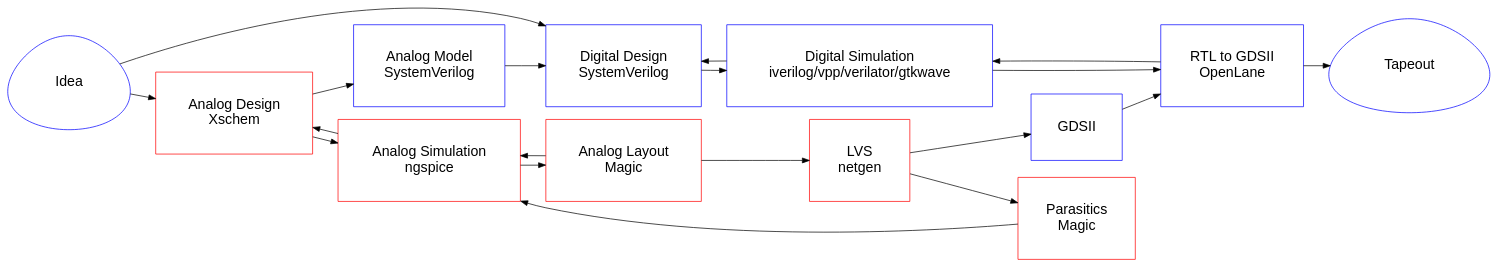
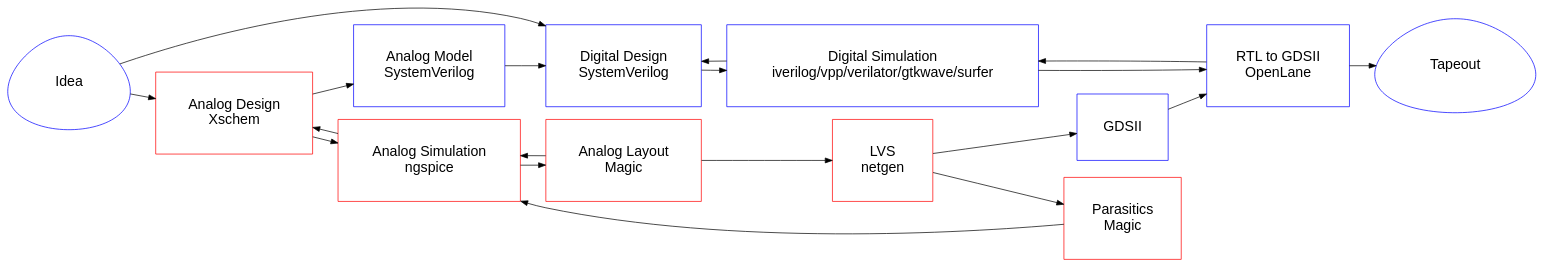
Before and after one commit to wulffern/aic2027: the diagram in dot/dig_des_lr.dot, drawn with Graphviz. The commit also changed 7 other files, not shown here.

```diff
--- a/dot/dig_des_lr.dot
+++ b/dot/dig_des_lr.dot
@@ -1,32 +1,32 @@
 digraph G{
 
 rankdir="LR";
 
 node [margin=0.5 color=blue fontcolor=black fontsize=20 width=0.5 shape=box fontname="Helvetica"]
 I [label="Idea",shape=egg]
 D [label="Digital Design \n SystemVerilog"]
-S [label="Digital Simulation \n iverilog/vpp/verilator/gtkwave"]
+S [label="Digital Simulation \n iverilog/vpp/verilator/gtkwave/surfer"]
 PNR [label="RTL to GDSII \nOpenLane"]
 TO [label="Tapeout",shape=egg]
 
 AD [label="Analog Design \nXschem" color=red]
 ASV [label="Analog Model \nSystemVerilog" color=blue]
 AS [label="Analog Simulation \nngspice" color=red]
 AL [label="Analog Layout \nMagic" color=red]
 AV [label="LVS\nnetgen" color=red]
 LPE [label="Parasitics\nMagic" color=red]
 AGDS [label="GDSII"]
 
 D -> S -> PNR -> TO
 PNR  -> S -> D
 
 
 AD -> ASV ->  D
 
 I -> AD
 I -> D
 
 AD -> AS -> AL -> AV -> AGDS -> PNR
 AV -> LPE -> AS
 AL -> AS -> AD
 }
```
